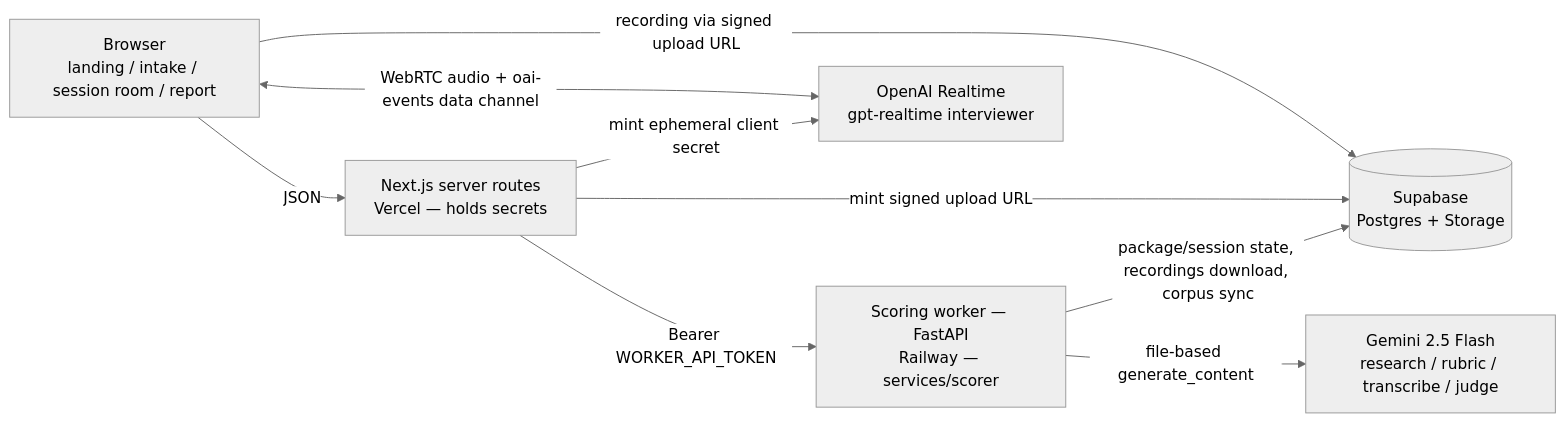
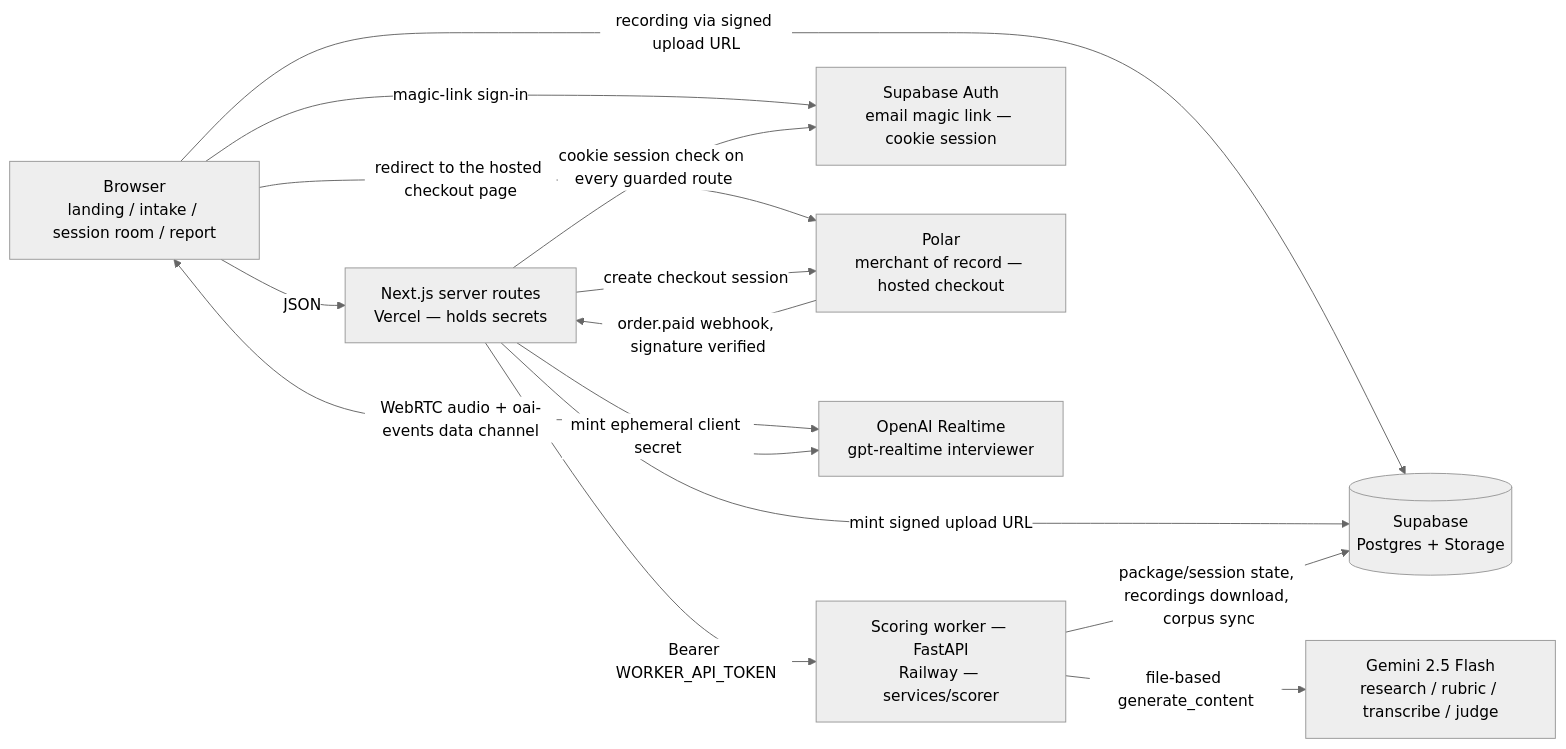
One commit to bridgewright/flightcheck changed the diagram in README.md. Above: the diagram before and after it, drawn with Mermaid (neutral theme). The commit also changed other lines of this file and 11 other files, not shown here.

````diff
--- a/README.md
+++ b/README.md
@@ -16,18 +27,25 @@
 ```mermaid
 flowchart LR
     B[Browser<br/>landing / intake / session room / report]
     W[Next.js server routes<br/>Vercel — holds secrets]
     K[Scoring worker — FastAPI<br/>Railway — services/scorer]
     S[(Supabase<br/>Postgres + Storage)]
+    A[Supabase Auth<br/>email magic link — cookie session]
+    P[Polar<br/>merchant of record — hosted checkout]
     OAI[OpenAI Realtime<br/>gpt-realtime interviewer]
     G[Gemini 2.5 Flash<br/>research / rubric / transcribe / judge]
 
     B -->|JSON| W
+    B -->|magic-link sign-in| A
     B -->|recording via signed upload URL| S
     B <-->|WebRTC audio + oai-events data channel| OAI
+    B -->|redirect to the hosted checkout page| P
+    W -->|cookie session check on every guarded route| A
     W -->|Bearer WORKER_API_TOKEN| K
     W -->|mint ephemeral client secret| OAI
     W -->|mint signed upload URL| S
+    W -->|create checkout session| P
+    P -->|order.paid webhook, signature verified| W
     K -->|package/session state, recordings download, corpus sync| S
     K -->|file-based generate_content| G
 ```
````
